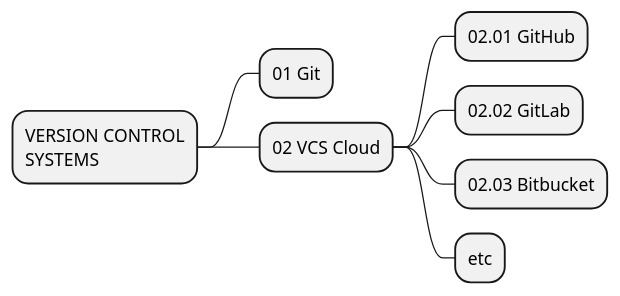
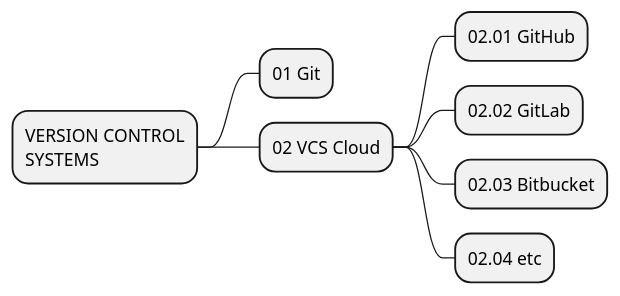
The diagram in diagrams/03-vcs.iuml (mrPronin/edu-web), drawn with PlantUML before and after one commit. The commit also changed 10 other files, not shown here.

```diff
--- a/diagrams/03-vcs.iuml
+++ b/diagrams/03-vcs.iuml
@@ -1,17 +1,17 @@
 @startmindmap VERSION CONTROL SYSTEMS
 <style>
 node {
     MaximumWidth 150
     HorizontalAlignment left
 }
 </style>
 
 + VERSION CONTROL SYSTEMS
 ++ 01 Git
 ++ 02 VCS Cloud
 +++ 02.01 GitHub
 +++ 02.02 GitLab
 +++ 02.03 Bitbucket
-+++ etc
++++ 02.04 etc
 
 @endmindmap
```
